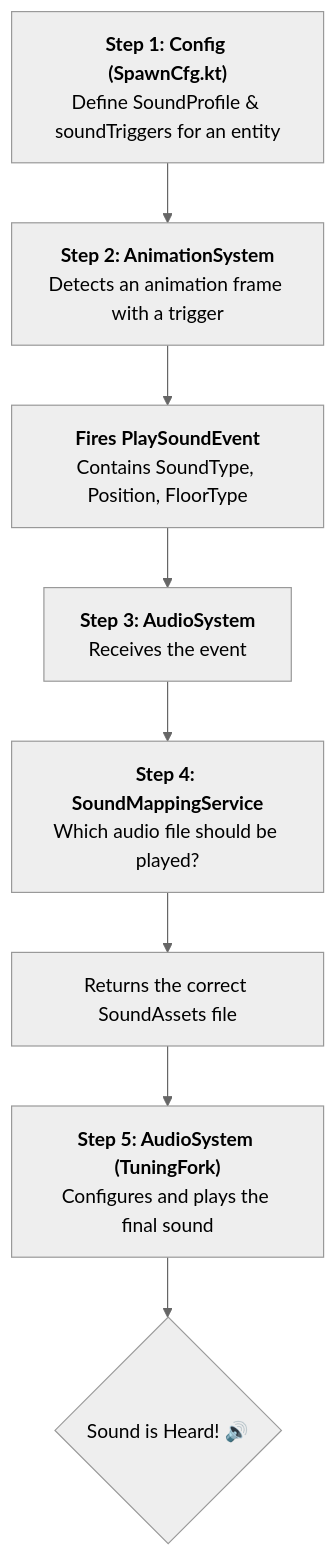
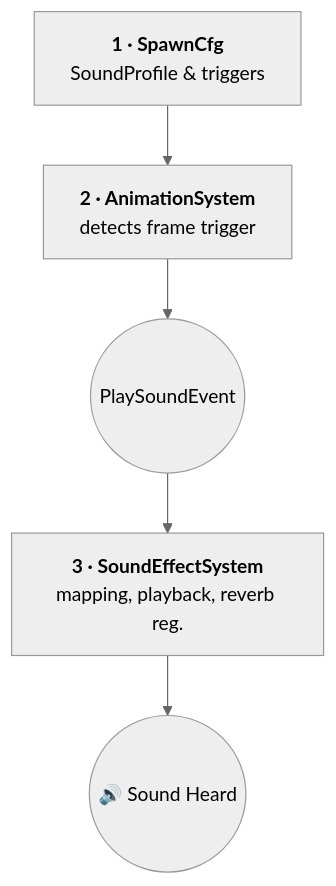
Before and after one commit to BennyOe/fromDuckTillDawn: the diagram in docs/audio.md, drawn with Mermaid (neutral theme). The commit also changed other lines of this file and 15 other files, not shown here.

Commit message:
Refactored AudioSystem into smaller systems MusicSystem.kt AmbienceSystem.kt SoundEffectSystem.kt ReverbSystem.kt updated audio.md

````diff
--- a/docs/audio.md
+++ b/docs/audio.md
@@ -213,10 +210,7 @@
 ```mermaid
 graph TD
-    A["<b>Step 1: Config (SpawnCfg.kt)</b><br/>Define SoundProfile & soundTriggers for an entity"] --> B;
-    B["<b>Step 2: AnimationSystem</b><br/>Detects an animation frame with a trigger"] --> C;
-    C["<b>Fires PlaySoundEvent</b><br/>Contains SoundType, Position, FloorType"] --> D;
-    D["<b>Step 3: AudioSystem</b><br/>Receives the event"] --> E;
-    E["<b>Step 4: SoundMappingService</b><br/>Which audio file should be played?"] --> F;
-    F["Returns the correct SoundAssets file"] --> G;
-    G["<b>Step 5: AudioSystem (TuningFork)</b><br/>Configures and plays the final sound"] --> H{Sound is Heard! 🔊};
+    SCFG["<b>1 · SpawnCfg</b><br/>SoundProfile & triggers"] --> ANIM
+    ANIM["<b>2 · AnimationSystem</b><br/>detects frame trigger"] --> PE((PlaySoundEvent))
+    PE --> SFX["<b>3 · SoundEffectSystem</b><br/>mapping, playback, reverb reg."]
+    SFX --> HEAR((🔊 Sound Heard))
 ```
````
